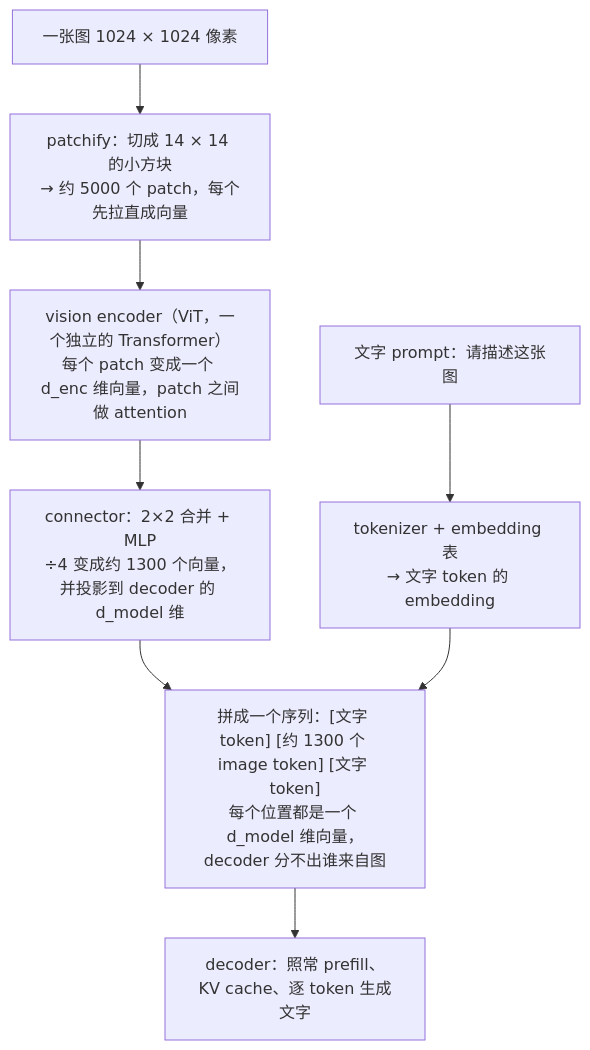
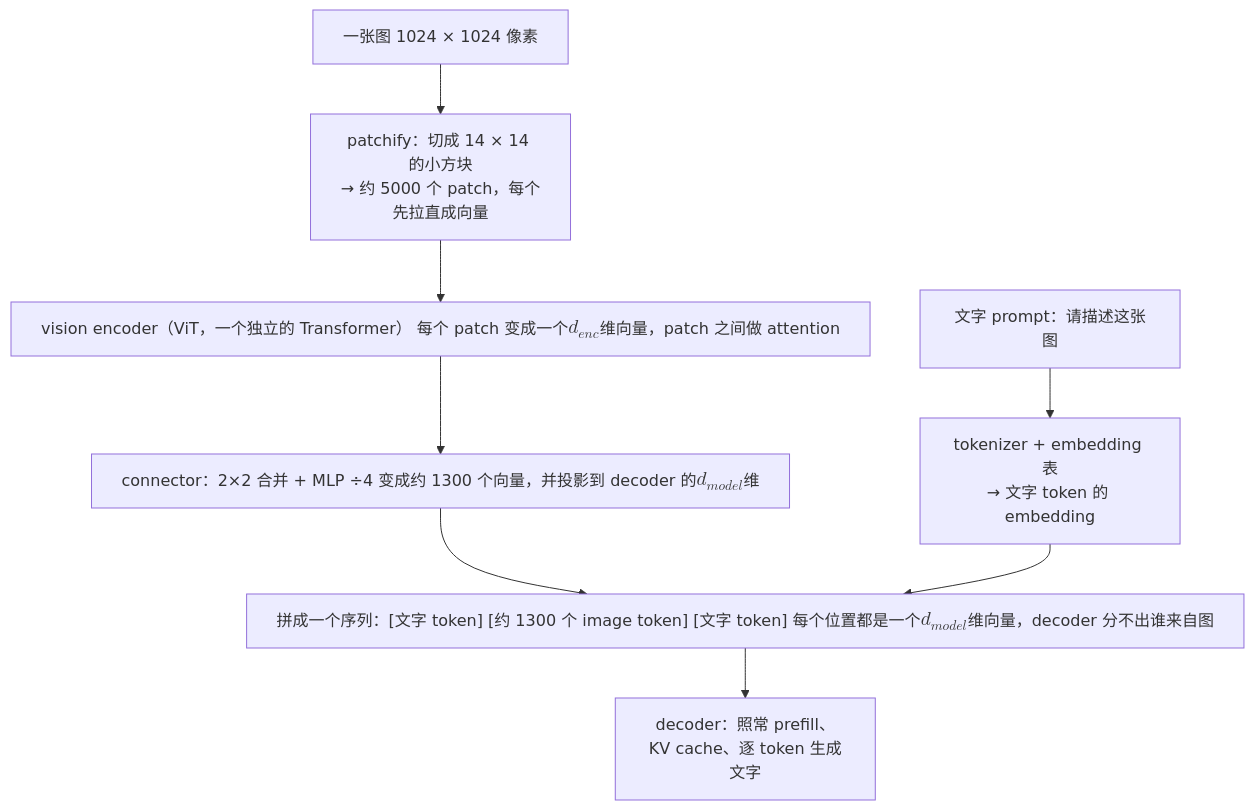
One commit to arganzheng/arganzheng.github.com changed the diagram in _posts/2026-04-07-multimodal-vision-encoder-cost-and-image-token-kv.md. Above: the diagram before and after it, drawn with Mermaid.

Commit message:
现代 LLM 结构（09）：多模态：vision encoder 的算量与 image token 的 KV 代价：Mermaid 伪公式改用 KaTeX
Mermaid 里的伪公式（Unicode 上下标、下划线下标、ᵀ、帽子 / 波浪号、希腊字母变量）改为 $$…$$，按正文的写法排版：
- $$d_{enc}$$
- $$d_{model}$$

代码名、形状写法、只有 ² 的写法保持原样。

````diff
--- a/_posts/2026-04-07-multimodal-vision-encoder-cost-and-image-token-kv.md
+++ b/_posts/2026-04-07-multimodal-vision-encoder-cost-and-image-token-kv.md
@@ -28,11 +28,11 @@
 ```mermaid
 %% 图：多模态 LLM 怎么把一张图接进来：图片切成 patch → vision encoder（ViT）把每个 patch 变成向量 → connector 压缩并投影成 decoder 的 embedding 维度 → 作为 image token 插进文字 token 序列 → decoder 照常做 attention 和生成
 flowchart TB
     IMG["一张图 1024 × 1024 像素"] --> P["patchify：切成 14 × 14 的小方块<br/>→ 约 5000 个 patch，每个先拉直成向量"]
-    P --> ENC["vision encoder（ViT，一个独立的 Transformer）<br/>每个 patch 变成一个 d_enc 维向量，patch 之间做 attention"]
-    ENC --> CON["connector：2×2 合并 + MLP<br/>÷4 变成约 1300 个向量，并投影到 decoder 的 d_model 维"]
+    P --> ENC["vision encoder（ViT，一个独立的 Transformer）<br/>每个 patch 变成一个 $$d_{enc}$$ 维向量，patch 之间做 attention"]
+    ENC --> CON["connector：2×2 合并 + MLP<br/>÷4 变成约 1300 个向量，并投影到 decoder 的 $$d_{model}$$ 维"]
     TXT["文字 prompt：请描述这张图"] --> TOK["tokenizer + embedding 表<br/>→ 文字 token 的 embedding"]
-    CON --> SEQ["拼成一个序列：[文字 token] [约 1300 个 image token] [文字 token]<br/>每个位置都是一个 d_model 维向量，decoder 分不出谁来自图"]
+    CON --> SEQ["拼成一个序列：[文字 token] [约 1300 个 image token] [文字 token]<br/>每个位置都是一个 $$d_{model}$$ 维向量，decoder 分不出谁来自图"]
     TOK --> SEQ
     SEQ --> DEC["decoder：照常 prefill、KV cache、逐 token 生成文字"]
 ```
````
